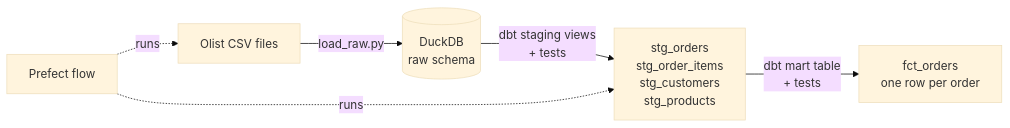
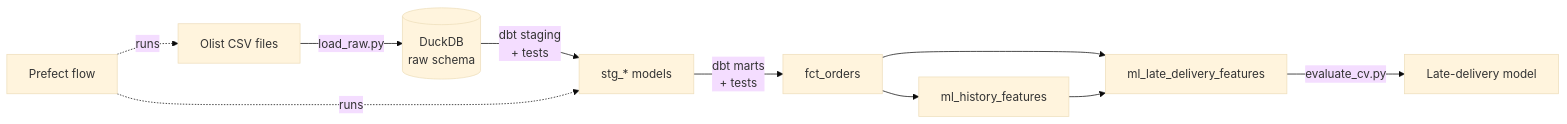
Before and after one commit to muhammedmufad/olist-order-to-decision: the diagram in README.md, drawn with Mermaid (base theme). The commit also changed other lines of this file, not shown here.

Commit message:
Document late-delivery model results and decisions in README

````diff
--- a/README.md
+++ b/README.md
@@ -19,8 +19,12 @@
 ```mermaid
 flowchart LR
     A[Olist CSV files] -->|load_raw.py| B[(DuckDB<br/>raw schema)]
-    B -->|dbt staging views<br/>+ tests| C[stg_orders<br/>stg_order_items<br/>stg_customers<br/>stg_products]
-    C -->|dbt mart table<br/>+ tests| D[fct_orders<br/>one row per order]
+    B -->|dbt staging<br/>+ tests| C[stg_* models]
+    C -->|dbt marts<br/>+ tests| D[fct_orders]
+    D --> E[ml_history_features]
+    D --> F[ml_late_delivery_features]
+    E --> F
+    F -->|evaluate_cv.py| G[Late-delivery model]
     P[Prefect flow] -.runs.-> A
     P -.runs.-> C
 ```
````
